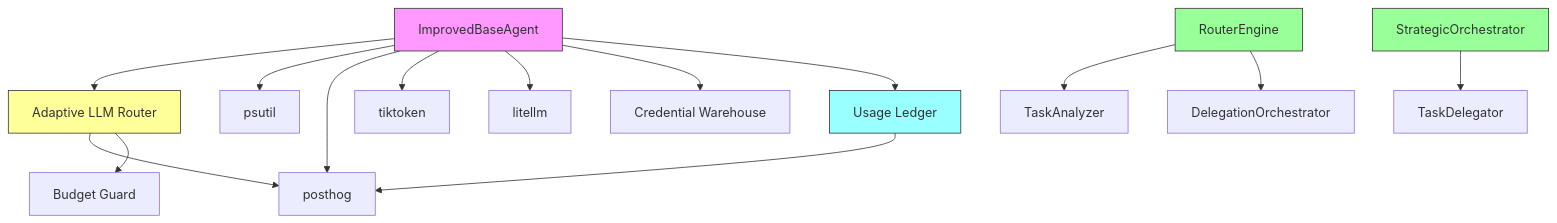
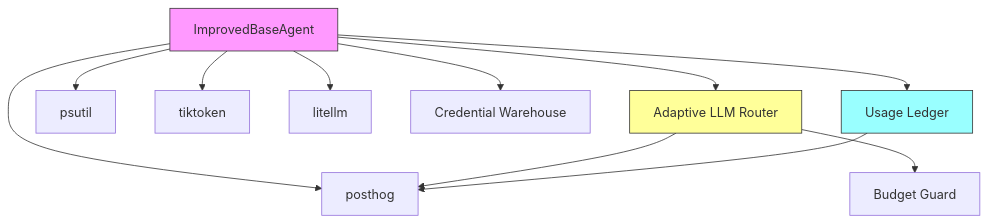
The seventh of 7 diagrams in .qoder/repowiki/en/content/Agent Ecosystem/Base Agent Implementation.md (371-Minds/os), drawn with Mermaid before and after one commit. The commit also changed other lines of this file and 8 other files, not shown here.

````diff
--- a/.qoder/repowiki/en/content/Agent Ecosystem/Base Agent Implementation.md
+++ b/.qoder/repowiki/en/content/Agent Ecosystem/Base Agent Implementation.md
@@ -457,21 +387,16 @@
 ```mermaid
 graph TD
 IBA[ImprovedBaseAgent] --> ALR[Adaptive LLM Router]
 IBA --> PS[psutil]
 IBA --> PG[posthog]
 IBA --> TT[tiktoken]
 IBA --> LL[litellm]
 IBA --> CW[Credential Warehouse]
 IBA --> UL[Usage Ledger]
 ALR --> PG
 ALR --> BF[Budget Guard]
 UL --> PG
-RE[RouterEngine] --> TA[TaskAnalyzer]
-RE --> DO[DelegationOrchestrator]
-CO[StrategicOrchestrator] --> DL[TaskDelegator]
 style IBA fill:#f9f,stroke:#333
 style ALR fill:#ff9,stroke:#333
 style UL fill:#9ff,stroke:#333
-style RE fill:#9f9,stroke:#333
-style CO fill:#9f9,stroke:#333
 ```
````
